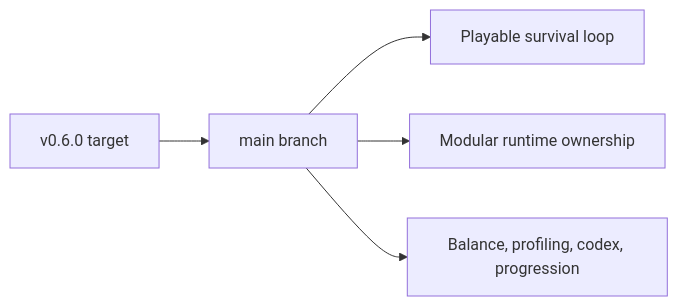
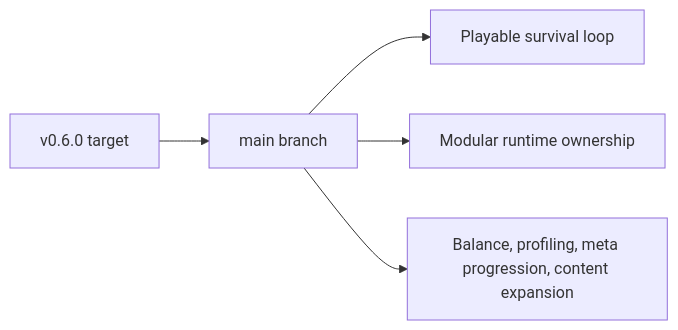
The second of 11 diagrams in README.md (AlexAgo83/emberwake), drawn with Mermaid before and after one commit. The commit also changed other lines of this file, not shown here.

````diff
--- a/README.md
+++ b/README.md
@@ -56,7 +51,7 @@
 ```mermaid
 flowchart LR
     Release[v0.6.0 target] --> Main[main branch]
     Main --> Playable[Playable survival loop]
     Main --> Modular[Modular runtime ownership]
-    Main --> Next[Balance, profiling, codex, progression]
+    Main --> Next[Balance, profiling, meta progression, content expansion]
 ```
````
